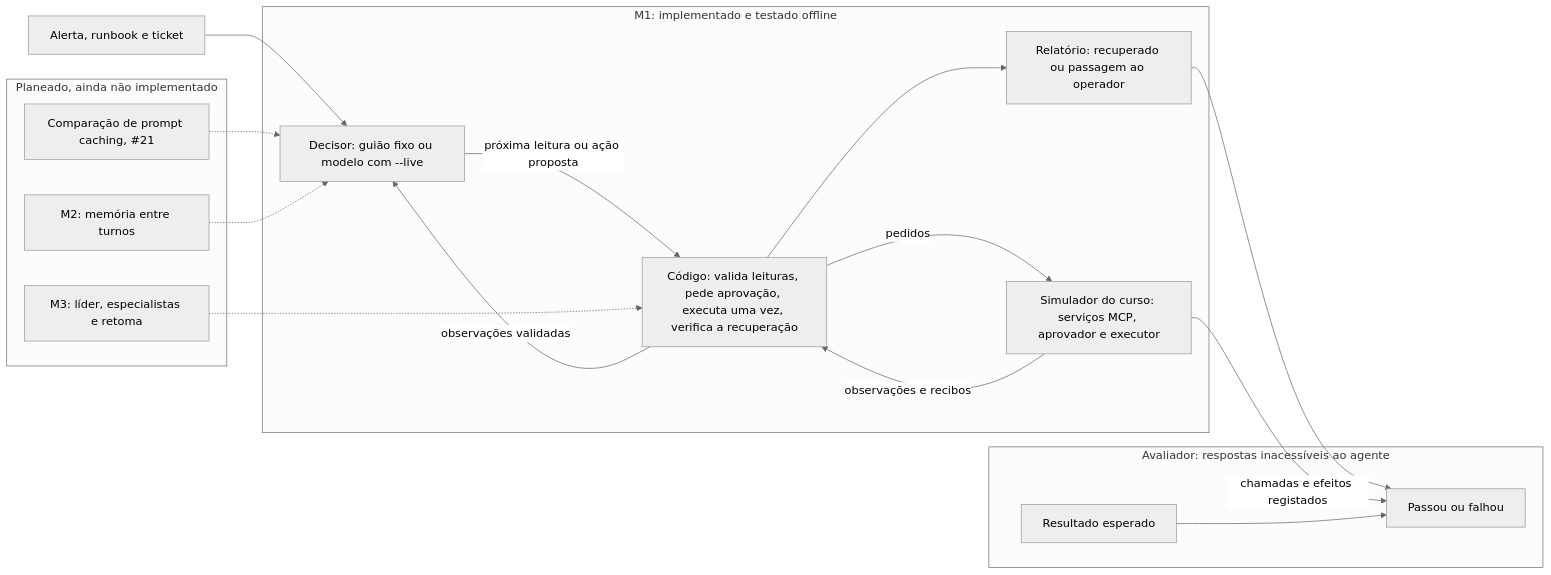
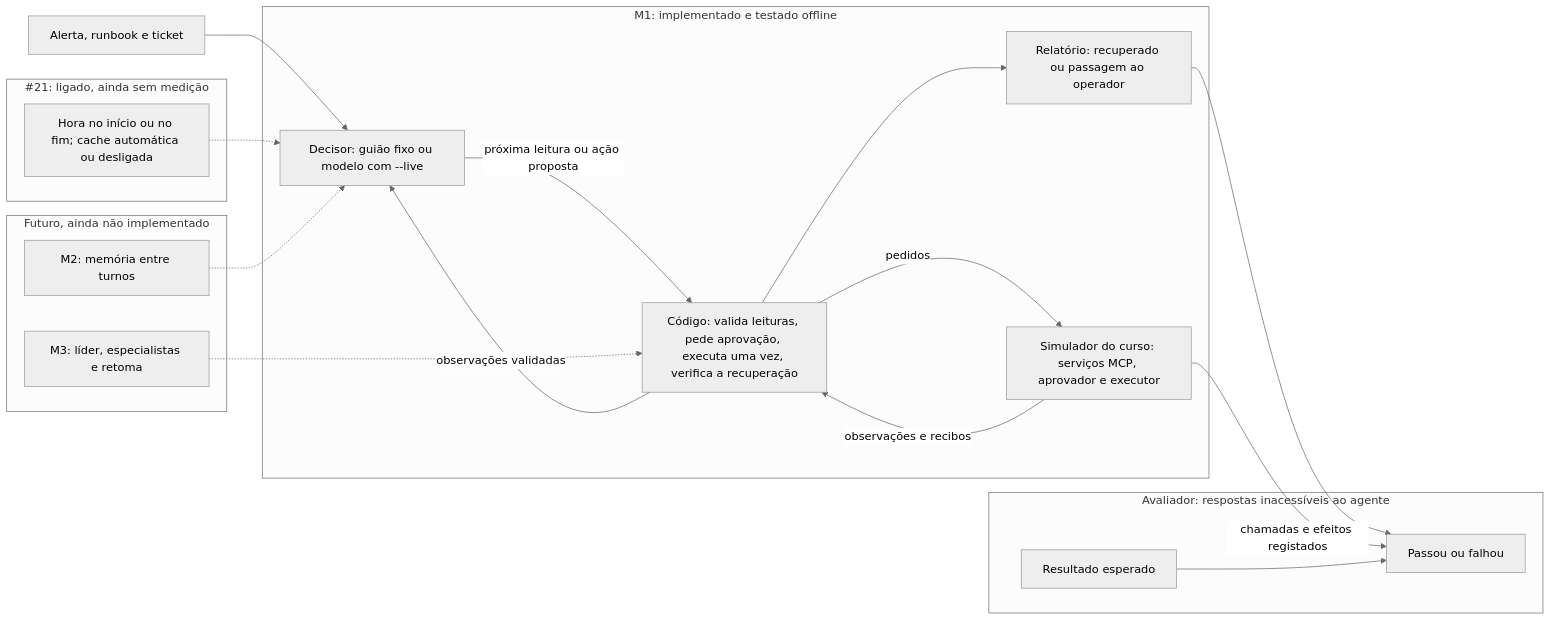
One commit to jpboliv/meridian-project changed the first of 2 diagrams in projects/course-02-agentic-ai/docs/relatorio.md. Above: the diagram before and after it, drawn with Mermaid (neutral theme). The commit also changed other lines of this file and 9 other files, not shown here.

````diff
--- a/projects/course-02-agentic-ai/docs/relatorio.md
+++ b/projects/course-02-agentic-ai/docs/relatorio.md
@@ -11,31 +15,33 @@
 ```mermaid
 flowchart LR
   alerta["Alerta, runbook e ticket"]
   subgraph M1["M1: implementado e testado offline"]
     decisor["Decisor: guião fixo ou modelo com --live"]
     codigo["Código: valida leituras, pede aprovação, executa uma vez, verifica a recuperação"]
     sim["Simulador do curso: serviços MCP, aprovador e executor"]
     relatorio["Relatório: recuperado ou passagem ao operador"]
   end
   subgraph AVAL["Avaliador: respostas inacessíveis ao agente"]
     esperado["Resultado esperado"]
     veredito["Passou ou falhou"]
   end
-  subgraph PLAN["Planeado, ainda não implementado"]
-    cache["Comparação de prompt caching, #21"]
+  subgraph R21["#21: ligado, ainda sem medição"]
+    cache["Hora no início ou no fim; cache automática ou desligada"]
+  end
+  subgraph FUT["Futuro, ainda não implementado"]
     m2["M2: memória entre turnos"]
     m3["M3: líder, especialistas e retoma"]
   end
   alerta --> decisor
   decisor -- "próxima leitura ou ação proposta" --> codigo
   codigo -- "pedidos" --> sim
   sim -- "observações e recibos" --> codigo
   codigo -- "observações validadas" --> decisor
   codigo --> relatorio
   relatorio --> veredito
   sim -- "chamadas e efeitos registados" --> veredito
   esperado --> veredito
   cache -.-> decisor
   m2 -.-> decisor
   m3 -.-> codigo
 ```
````
